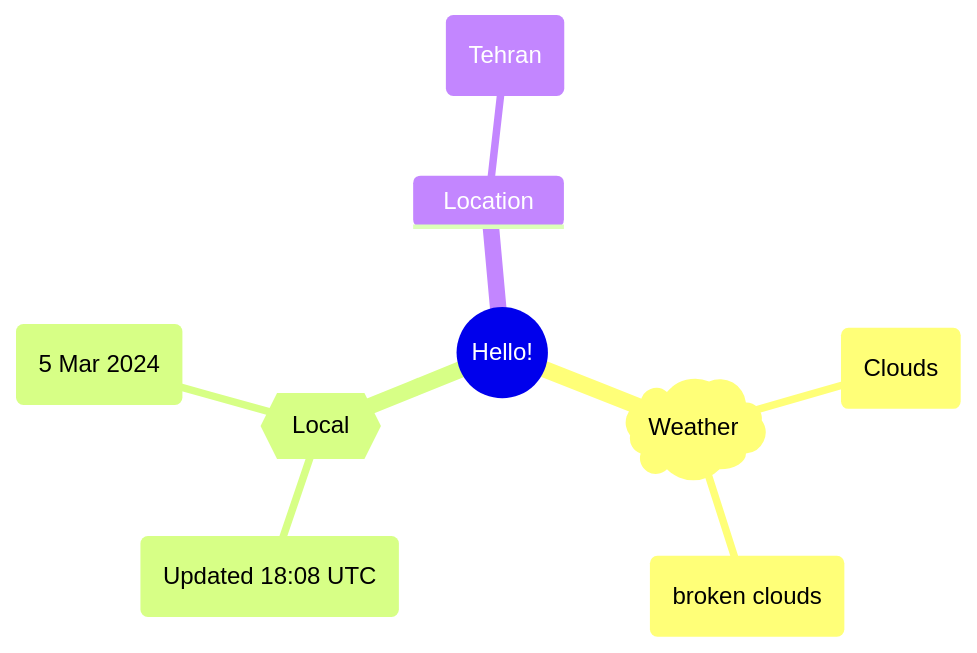
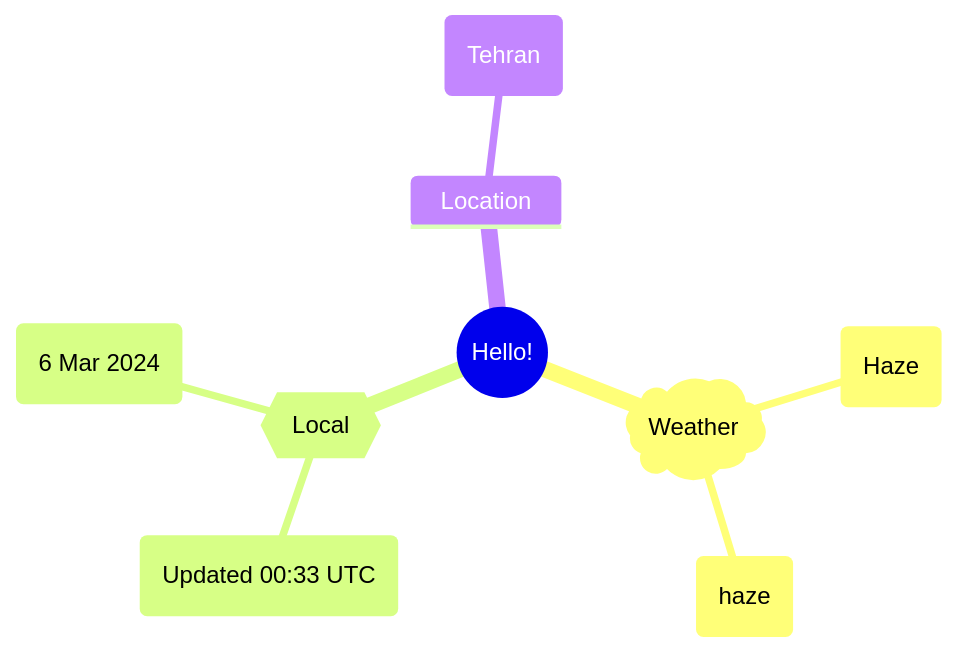
One commit to Xosrov/Xosrov changed the first of 2 diagrams in README.md. Above: the diagram before and after it, drawn with Mermaid.

Commit message:
[bot] updated images

````diff
--- a/README.md
+++ b/README.md
@@ -3,12 +3,12 @@
 ```mermaid
 mindmap
   root((Hello!))
     )Weather(
-        (Clouds)
-        (broken clouds)
+        (Haze)
+        (haze)
     {{Local}}
-        (Updated 18:08 UTC)
-        (5 Mar 2024)
+        (Updated 00:33 UTC)
+        (6 Mar 2024)
     Location
         (Tehran)
 ```
````
